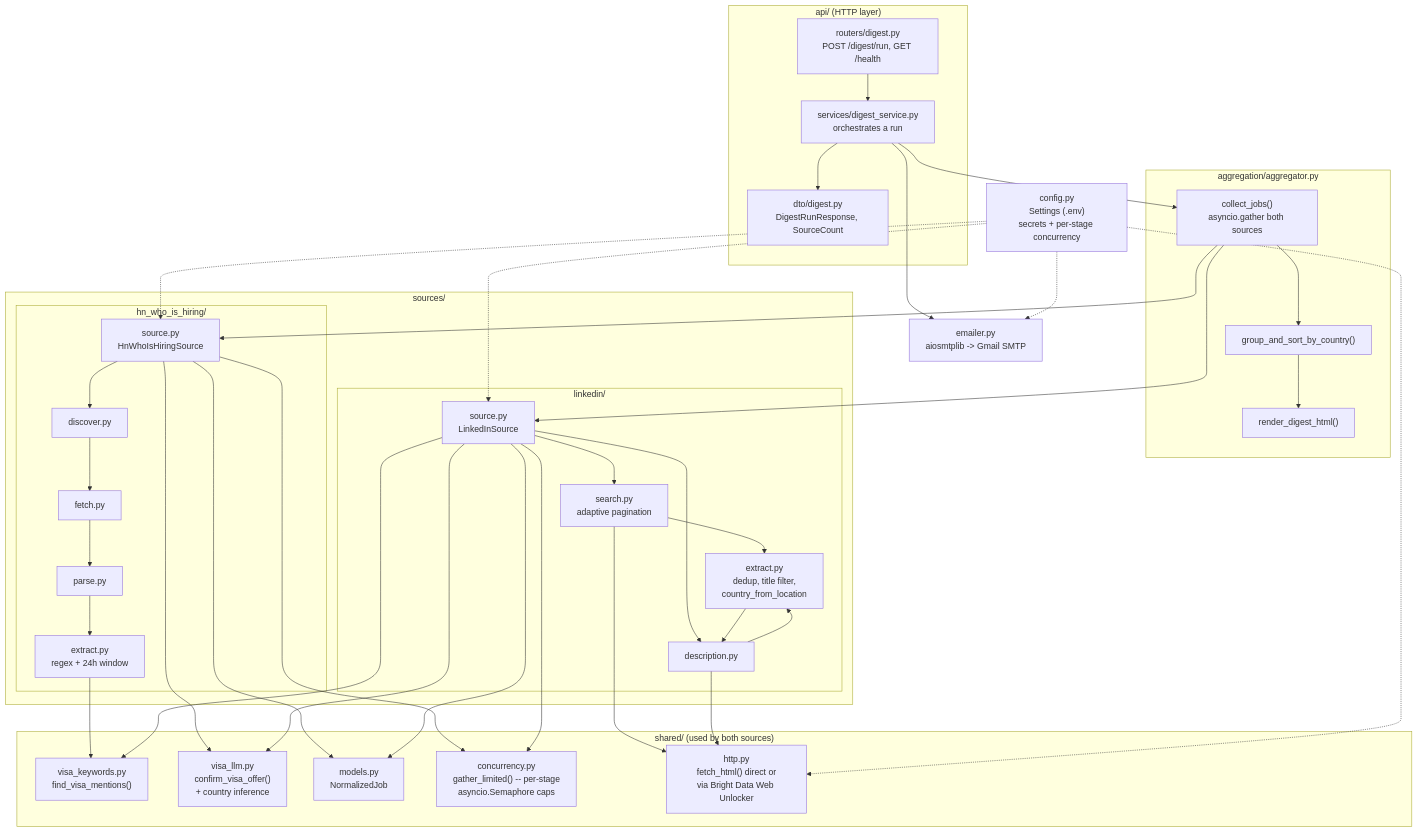
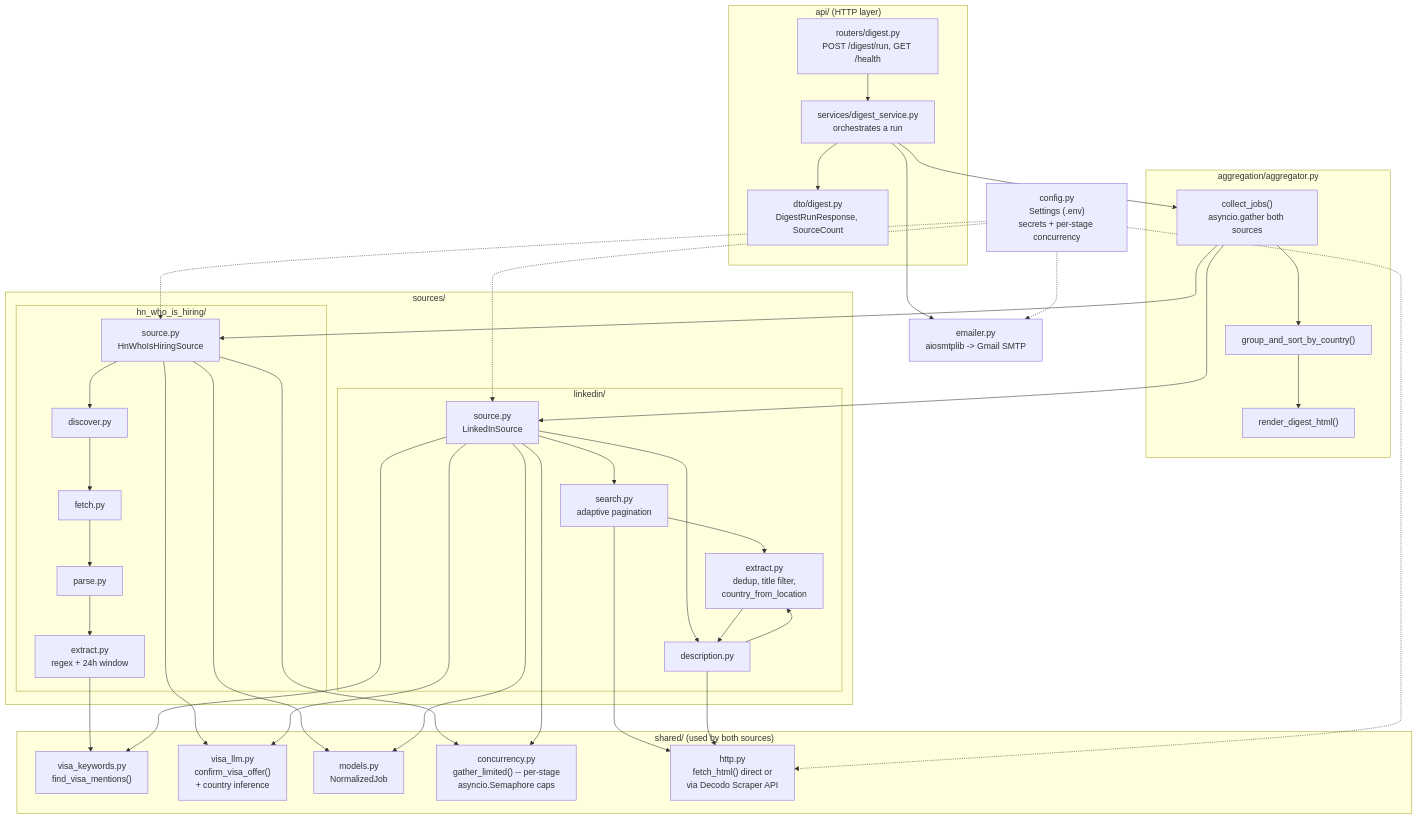
The first of 2 diagrams in ARCHITECTURE.md (shubham-arora-18/visa_jobs_service), drawn with Mermaid before and after one commit. The commit also changed 20 other files, not shown here.

````diff
--- a/ARCHITECTURE.md
+++ b/ARCHITECTURE.md
@@ -9,72 +9,72 @@
 ```mermaid
 flowchart TB
     subgraph API["api/ (HTTP layer)"]
         Router["routers/digest.py<br/>POST /digest/run, GET /health"]
         Service["services/digest_service.py<br/>orchestrates a run"]
         DTO["dto/digest.py<br/>DigestRunResponse, SourceCount"]
     end
 
     subgraph Aggregation["aggregation/aggregator.py"]
         Collect["collect_jobs()<br/>asyncio.gather both sources"]
         Group["group_and_sort_by_country()"]
         Render["render_digest_html()"]
     end
 
     subgraph Sources["sources/"]
         subgraph HN["hn_who_is_hiring/"]
             HNDiscover["discover.py"]
             HNFetch["fetch.py"]
             HNParse["parse.py"]
             HNExtract["extract.py<br/>regex + 24h window"]
             HNSource["source.py<br/>HnWhoIsHiringSource"]
         end
         subgraph LI["linkedin/"]
             LISearch["search.py<br/>adaptive pagination"]
             LIDesc["description.py"]
             LIExtract["extract.py<br/>dedup, title filter,<br/>country_from_location"]
             LISource["source.py<br/>LinkedInSource"]
         end
     end
 
     subgraph Shared["shared/ (used by both sources)"]
         Keywords["visa_keywords.py<br/>find_visa_mentions()"]
         LLM["visa_llm.py<br/>confirm_visa_offer()<br/>+ country inference"]
         Models["models.py<br/>NormalizedJob"]
         Concurrency["concurrency.py<br/>gather_limited() -- per-stage<br/>asyncio.Semaphore caps"]
-        Http["http.py<br/>fetch_html() direct or<br/>via Bright Data Web Unlocker"]
+        Http["http.py<br/>fetch_html() direct or<br/>via Decodo Scraper API"]
     end
 
     Config["config.py<br/>Settings (.env)<br/>secrets + per-stage concurrency"]
     Emailer["emailer.py<br/>aiosmtplib -> Gmail SMTP"]
 
     Router --> Service
     Service --> DTO
     Service --> Collect
     Service --> Emailer
     Collect --> HNSource
     Collect --> LISource
 
     HNSource --> HNDiscover --> HNFetch --> HNParse --> HNExtract
     HNExtract --> Keywords
     HNSource --> LLM
     HNSource --> Concurrency
 
     LISource --> LISearch --> LIExtract
     LISource --> LIDesc
     LIExtract --> LIDesc
     LIDesc --> LIExtract
     LISource --> Keywords
     LISource --> LLM
     LISource --> Concurrency
     LISearch --> Http
     LIDesc --> Http
 
     HNSource --> Models
     LISource --> Models
     Collect --> Group --> Render
 
     Config -.-> HNSource
     Config -.-> LISource
     Config -.-> Http
     Config -.-> Emailer
 ```
````
